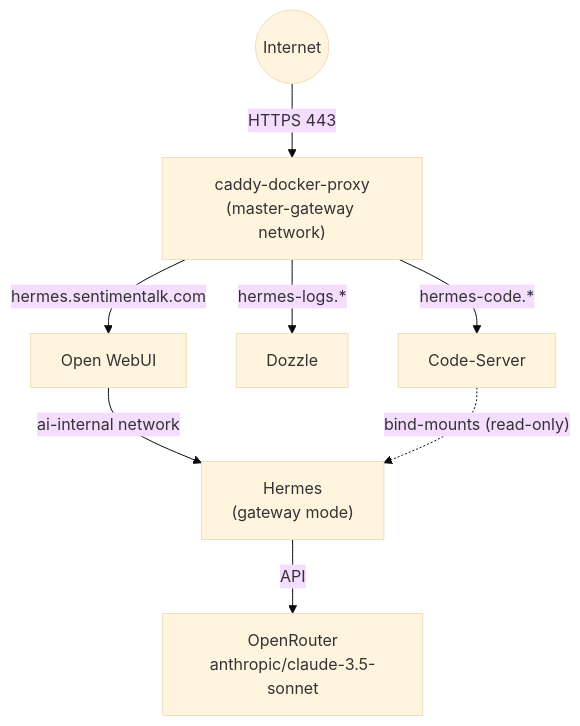
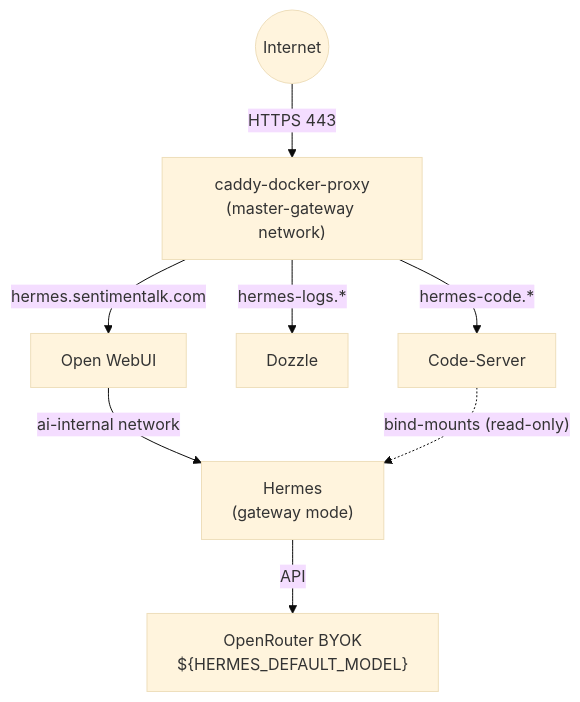
Before and after one commit to SentimentalK/Hermes: the diagram in README.md, drawn with Mermaid (base theme). The commit also changed other lines of this file and 5 other files, not shown here.

````diff
--- a/README.md
+++ b/README.md
@@ -9,14 +9,14 @@
 ```mermaid
 flowchart TD
     Internet(("Internet")) -->|"HTTPS 443"| Caddy["caddy-docker-proxy<br/>(master-gateway network)"]
     
     Caddy -->|"hermes.sentimentalk.com"| WebUI["Open WebUI"]
     Caddy -->|"hermes-logs.*"| Dozzle["Dozzle"]
     Caddy -->|"hermes-code.*"| CodeServer["Code-Server"]
     
     WebUI -->|"ai-internal network"| Hermes["Hermes<br/>(gateway mode)"]
     
     CodeServer -.->|"bind-mounts (read-only)"| Hermes
     
-    Hermes -->|"API"| OpenRouter["OpenRouter<br/>anthropic/claude-3.5-sonnet"]
+    Hermes -->|"API"| OpenRouter["OpenRouter BYOK<br/>${HERMES_DEFAULT_MODEL}"]
 ```
````
